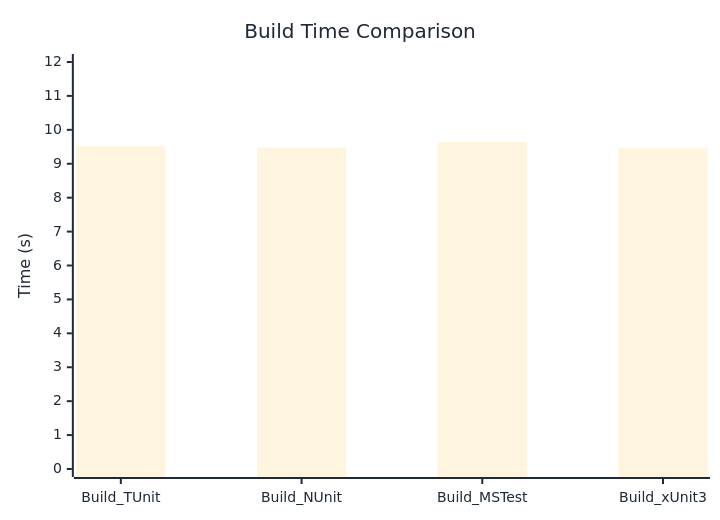
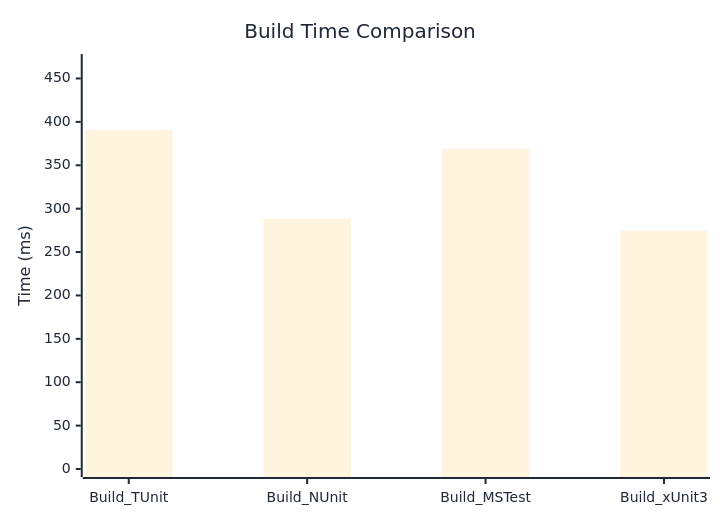
One commit to thomhurst/TUnit changed the diagram in docs/docs/benchmarks/engine/BuildTime.md. Above: the diagram before and after it, drawn with Mermaid. The commit also changed other lines of this file and 17 other files, not shown here.

````diff
--- a/docs/docs/benchmarks/engine/BuildTime.md
+++ b/docs/docs/benchmarks/engine/BuildTime.md
@@ -30,37 +30,37 @@
 ```mermaid
 %%{init: {
   'theme':'base',
   'themeVariables': {
     'primaryColor': '#2563eb',
     'primaryTextColor': '#1f2937',
     'primaryBorderColor': '#1e40af',
     'lineColor': '#6b7280',
     'secondaryColor': '#7c3aed',
     'tertiaryColor': '#dc2626',
     'background': '#ffffff',
     'mainBkg': '#2563eb',
     'secondBkg': '#7c3aed',
     'tertiaryBkg': '#dc2626',
     'clusterBkg': '#f3f4f6',
     'edgeLabelBackground': '#ffffff',
     'tertiaryTextColor': '#1f2937',
     'pie1': '#2563eb',
     'pie2': '#7c3aed',
     'pie3': '#dc2626',
     'pie4': '#f59e0b',
     'pie5': '#10b981',
     'pie6': '#06b6d4',
     'pie7': '#ec4899',
     'pie8': '#6366f1',
     'pie9': '#84cc16',
     'pie10': '#f97316',
     'pie11': '#14b8a6',
     'pie12': '#a855f7'
   }
 }}%%
 xychart-beta
   title "Build Time Comparison"
   x-axis ["Build_TUnit", "Build_NUnit", "Build_MSTest", "Build_xUnit3"]
-  y-axis "Time (s)" 0 --> 12
-  bar [9.52, 9.476, 9.64, 9.461]
+  y-axis "Time (ms)" 0 --> 469
+  bar [390.5, 288.4, 369.2, 274.4]
 ```
````
